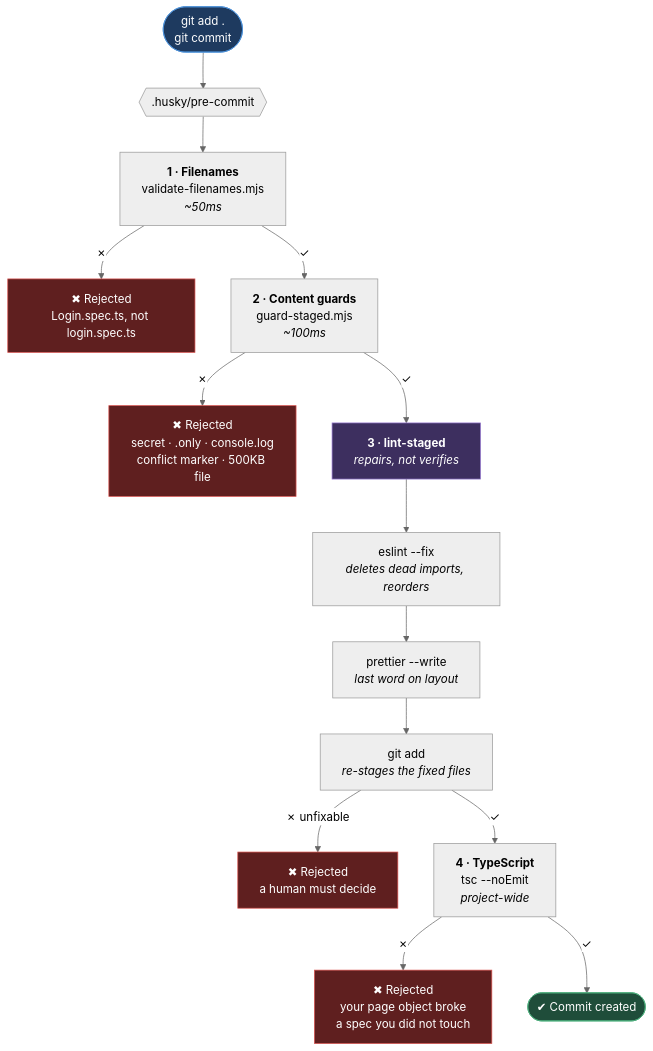
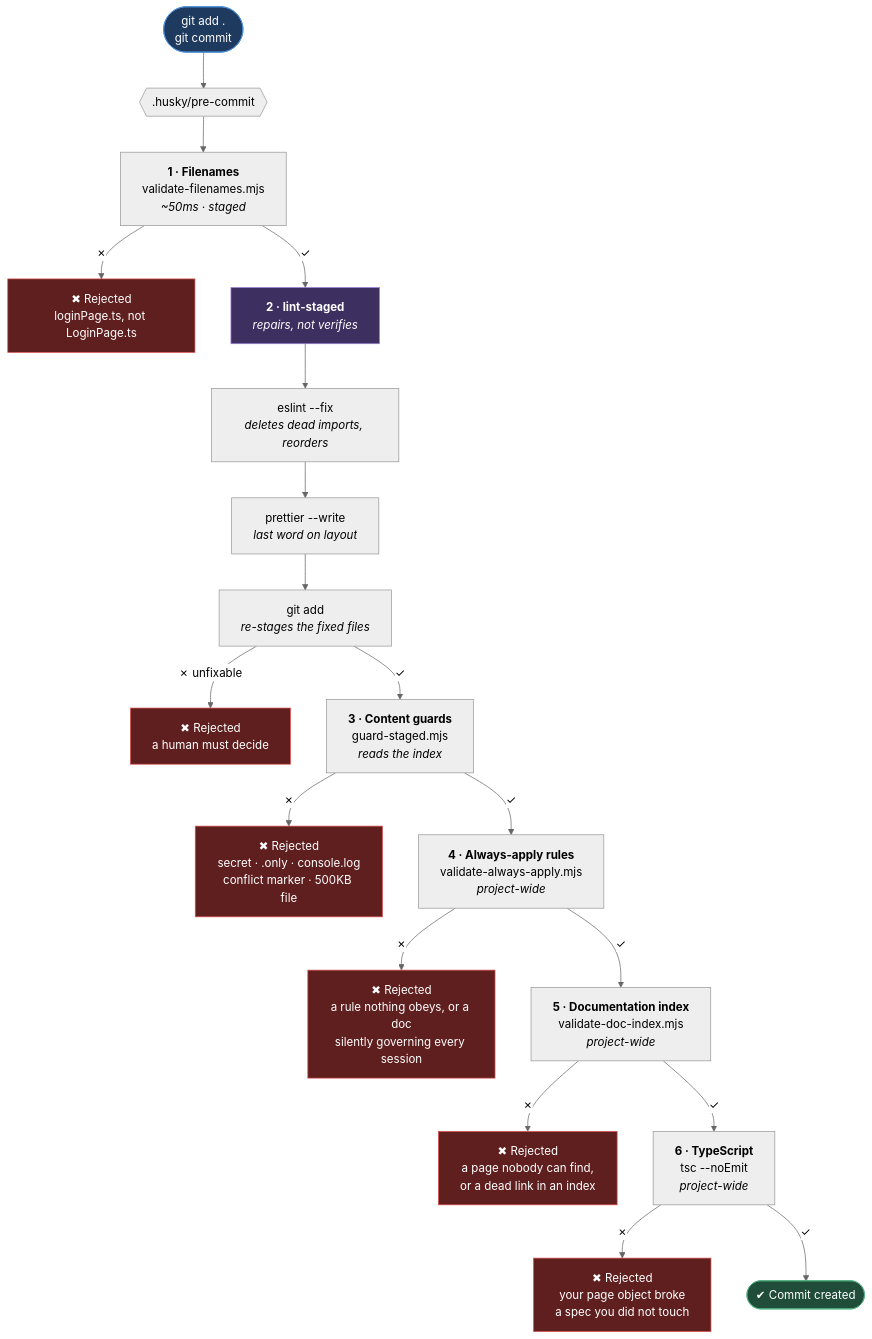
One commit to sinugotshifhiwa4/playwright-ts-automation-framework-codebase changed the second of 6 diagrams in docs/01-config/QUALITY_ARCHITECTURE.md. Above: the diagram before and after it, drawn with Mermaid (neutral theme). The commit also changed other lines of this file and 9 other files, not shown here.

First line of the commit message:
feat(docs): enforce the documentation index

````diff
--- a/docs/01-config/QUALITY_ARCHITECTURE.md
+++ b/docs/01-config/QUALITY_ARCHITECTURE.md
@@ -98,31 +107,41 @@
 ```mermaid
 flowchart TD
     START(["git add .<br/>git commit"]) --> H{{".husky/pre-commit"}}
 
-    H --> S1["<b>1 · Filenames</b><br/>validate-filenames.mjs<br/><i>~50ms</i>"]
-    S1 -->|✗| FAIL1["✖ Rejected<br/>Login.spec.ts, not login.spec.ts"]
+    H --> S1["<b>1 · Filenames</b><br/>validate-filenames.mjs<br/><i>~50ms · staged</i>"]
+    S1 -->|✗| FAIL1["✖ Rejected<br/>loginPage.ts, not LoginPage.ts"]
     S1 -->|✓| S2
 
-    S2["<b>2 · Content guards</b><br/>guard-staged.mjs<br/><i>~100ms</i>"]
-    S2 -->|✗| FAIL2["✖ Rejected<br/>secret · .only · console.log<br/>conflict marker · 500KB file"]
-    S2 -->|✓| S3
-
-    S3["<b>3 · lint-staged</b><br/><i>repairs, not verifies</i>"]
-    S3 --> R1["eslint --fix<br/><i>deletes dead imports, reorders</i>"]
+    S2["<b>2 · lint-staged</b><br/><i>repairs, not verifies</i>"]
+    S2 --> R1["eslint --fix<br/><i>deletes dead imports, reorders</i>"]
     R1 --> R2["prettier --write<br/><i>last word on layout</i>"]
     R2 --> R3["git add<br/><i>re-stages the fixed files</i>"]
-    R3 -->|✗ unfixable| FAIL3["✖ Rejected<br/>a human must decide"]
-    R3 -->|✓| S4
+    R3 -->|✗ unfixable| FAIL2["✖ Rejected<br/>a human must decide"]
+    R3 -->|✓| S3
 
-    S4["<b>4 · TypeScript</b><br/>tsc --noEmit<br/><i>project-wide</i>"]
-    S4 -->|✗| FAIL4["✖ Rejected<br/>your page object broke<br/>a spec you did not touch"]
-    S4 -->|✓| OK(["✔ Commit created"])
+    S3["<b>3 · Content guards</b><br/>guard-staged.mjs<br/><i>reads the index</i>"]
+    S3 -->|✗| FAIL3["✖ Rejected<br/>secret · .only · console.log<br/>conflict marker · 500KB file"]
+    S3 -->|✓| S4
+
+    S4["<b>4 · Always-apply rules</b><br/>validate-always-apply.mjs<br/><i>project-wide</i>"]
+    S4 -->|✗| FAIL4["✖ Rejected<br/>a rule nothing obeys, or a doc<br/>silently governing every session"]
+    S4 -->|✓| S5
+
+    S5["<b>5 · Documentation index</b><br/>validate-doc-index.mjs<br/><i>project-wide</i>"]
+    S5 -->|✗| FAIL5["✖ Rejected<br/>a page nobody can find,<br/>or a dead link in an index"]
+    S5 -->|✓| S6
+
+    S6["<b>6 · TypeScript</b><br/>tsc --noEmit<br/><i>project-wide</i>"]
+    S6 -->|✗| FAIL6["✖ Rejected<br/>your page object broke<br/>a spec you did not touch"]
+    S6 -->|✓| OK(["✔ Commit created"])
 
     style START fill:#1e3a5f,stroke:#4a90d9,color:#fff
     style OK fill:#1f4d3a,stroke:#4caf7d,color:#fff
     style FAIL1 fill:#5f1f1f,stroke:#d9534f,color:#fff
     style FAIL2 fill:#5f1f1f,stroke:#d9534f,color:#fff
     style FAIL3 fill:#5f1f1f,stroke:#d9534f,color:#fff
     style FAIL4 fill:#5f1f1f,stroke:#d9534f,color:#fff
-    style S3 fill:#3d2f5f,stroke:#9b7fd4,color:#fff
+    style FAIL5 fill:#5f1f1f,stroke:#d9534f,color:#fff
+    style FAIL6 fill:#5f1f1f,stroke:#d9534f,color:#fff
+    style S2 fill:#3d2f5f,stroke:#9b7fd4,color:#fff
 ```
````
